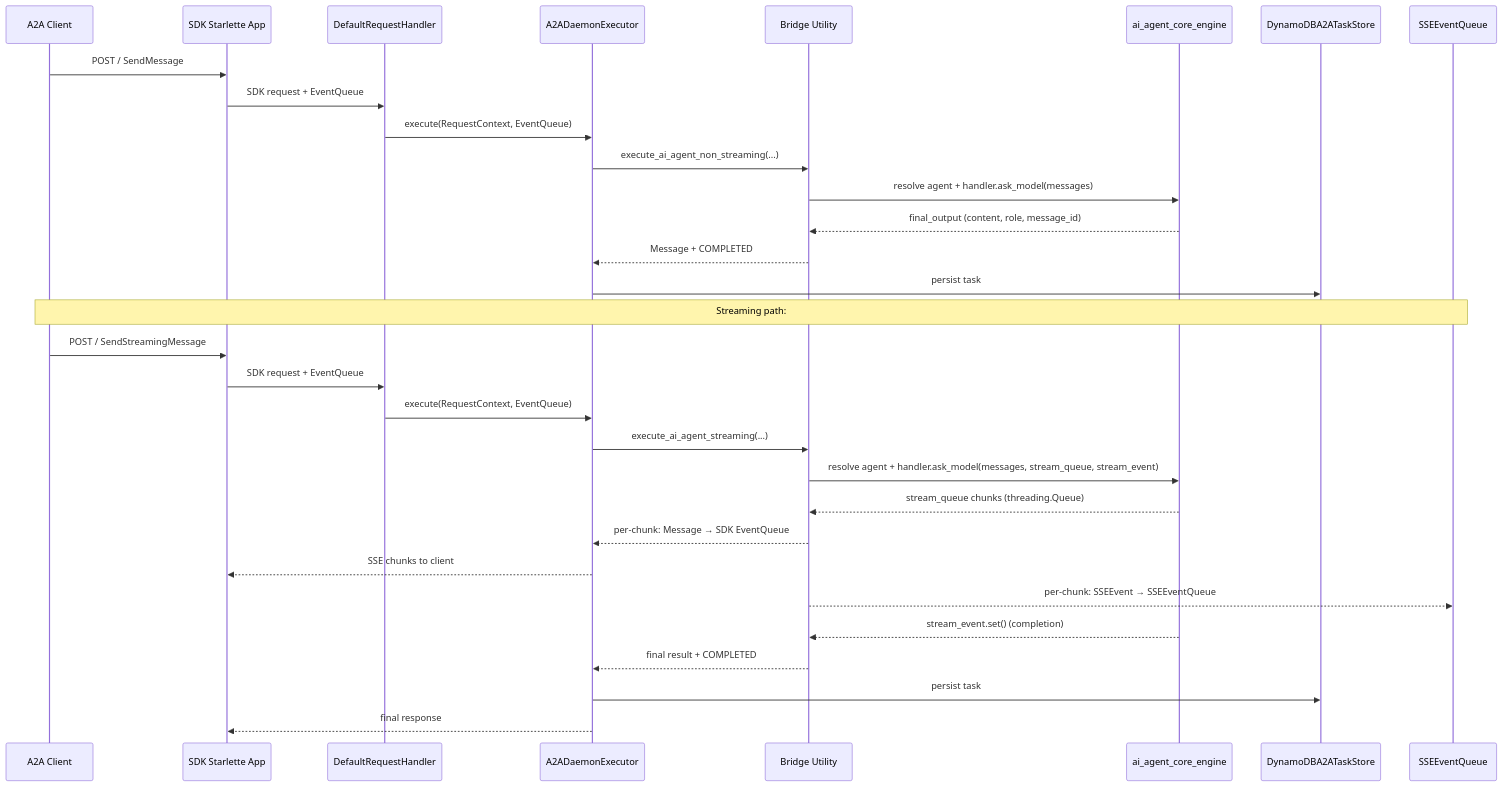
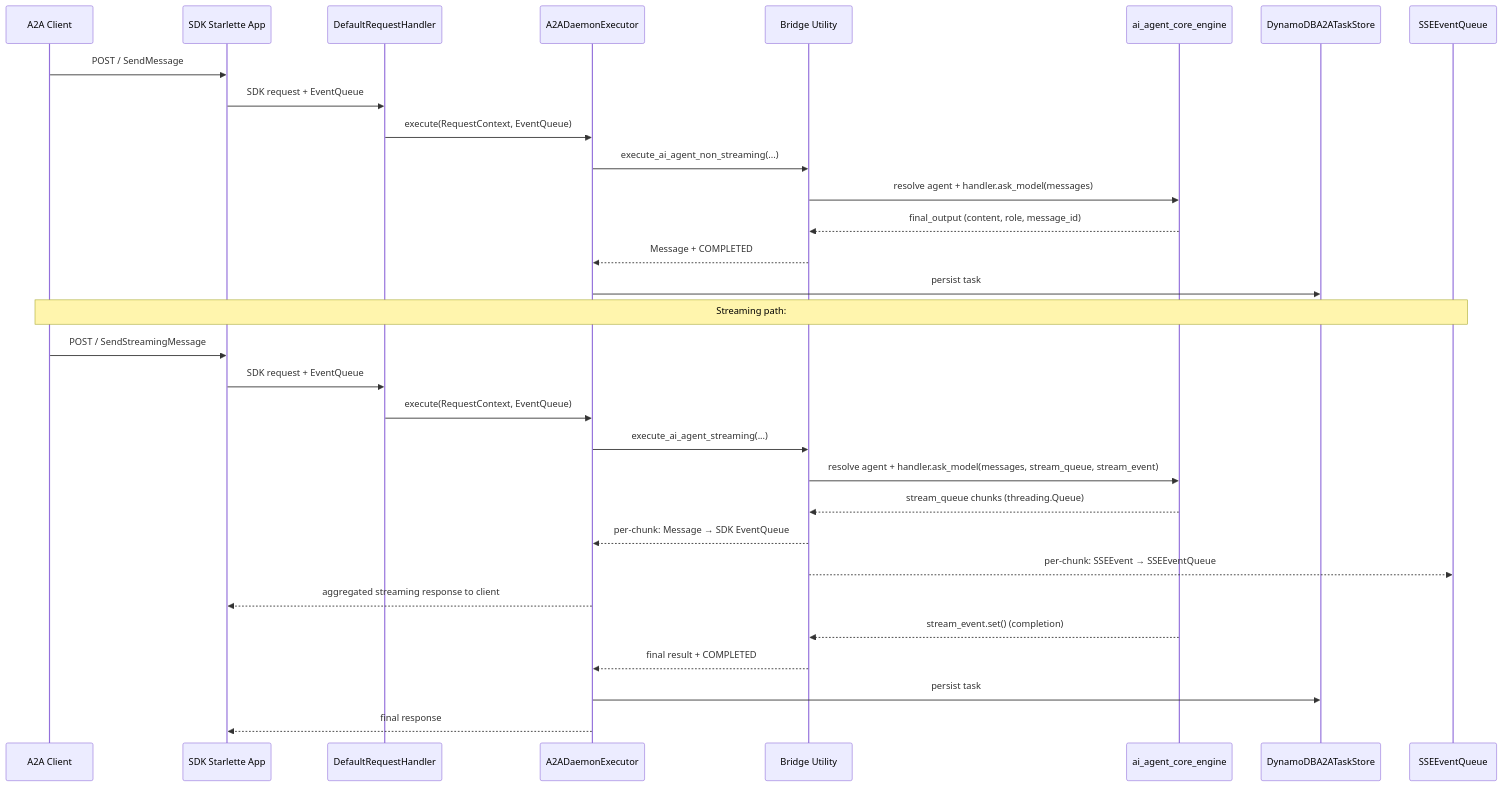
Before and after one commit to ideabosque/a2a_daemon_engine: the diagram in docs/A2A_DEVELOPMENT_PLAN.md, drawn with Mermaid. The commit also changed other lines of this file and 6 other files, not shown here.

````diff
--- a/docs/A2A_DEVELOPMENT_PLAN.md
+++ b/docs/A2A_DEVELOPMENT_PLAN.md
@@ -323,36 +334,36 @@
 ```mermaid
 sequenceDiagram
     participant C as A2A Client
     participant SDK as SDK Starlette App
     participant RH as DefaultRequestHandler
     participant EX as A2ADaemonExecutor
     participant BR as Bridge Utility
     participant CE as ai_agent_core_engine
     participant TS as DynamoDBA2ATaskStore
     participant SSE as SSEEventQueue
 
     C->>SDK: POST / SendMessage
     SDK->>RH: SDK request + EventQueue
     RH->>EX: execute(RequestContext, EventQueue)
     EX->>BR: execute_ai_agent_non_streaming(...)
     BR->>CE: resolve agent + handler.ask_model(messages)
     CE-->>BR: final_output (content, role, message_id)
     BR-->>EX: Message + COMPLETED
     EX->>TS: persist task
 
     Note over C,SSE: Streaming path:
 
     C->>SDK: POST / SendStreamingMessage
     SDK->>RH: SDK request + EventQueue
     RH->>EX: execute(RequestContext, EventQueue)
     EX->>BR: execute_ai_agent_streaming(...)
     BR->>CE: resolve agent + handler.ask_model(messages, stream_queue, stream_event)
     CE-->>BR: stream_queue chunks (threading.Queue)
     BR-->>EX: per-chunk: Message → SDK EventQueue
-    EX-->>SDK: SSE chunks to client
     BR-->>SSE: per-chunk: SSEEvent → SSEEventQueue
+    EX-->>SDK: aggregated streaming response to client
     CE-->>BR: stream_event.set() (completion)
     BR-->>EX: final result + COMPLETED
     EX->>TS: persist task
     EX-->>SDK: final response
 ```
````
